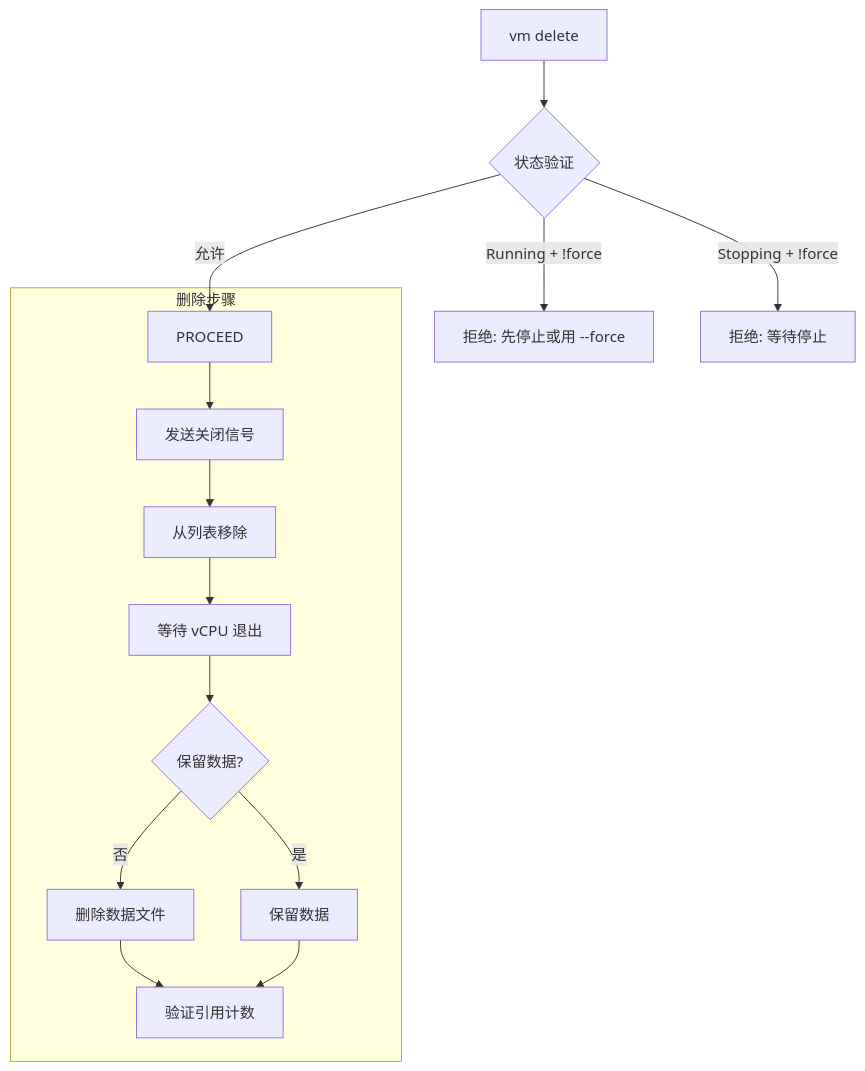
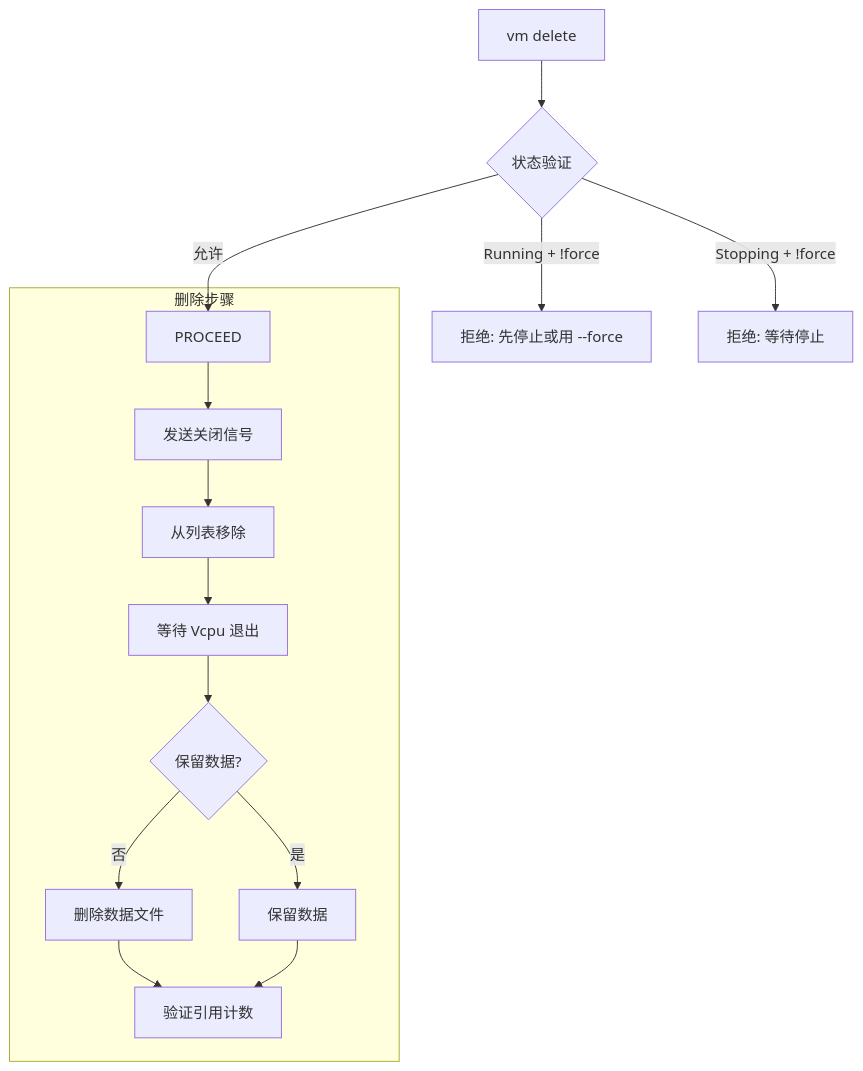
Diagram 12 of 13 in docs/design/guest/manager/shell-commands.md (arceos-hypervisor/axvisorbook), drawn with Mermaid before and after one commit. The commit also changed other lines of this file and 6 other files, not shown here.

````diff
--- a/docs/design/guest/manager/shell-commands.md
+++ b/docs/design/guest/manager/shell-commands.md
@@ -586,19 +586,19 @@
 ```mermaid
 flowchart TB
     START[vm delete] --> VALID{状态验证}
 
     VALID -->|Running + !force| REJECT1[拒绝: 先停止或用 --force]
     VALID -->|Stopping + !force| REJECT2[拒绝: 等待停止]
     VALID -->|允许| PROCEED
 
     subgraph 删除步骤
         PROCEED --> SIGNAL[发送关闭信号]
         SIGNAL --> REMOVE[从列表移除]
-        REMOVE --> JOIN[等待 vCPU 退出]
+        REMOVE --> JOIN[等待 Vcpu 退出]
         JOIN --> CLEANUP{保留数据?}
         CLEANUP -->|否| DELETE_DATA[删除数据文件]
         CLEANUP -->|是| KEEP[保留数据]
         DELETE_DATA --> VERIFY
         KEEP --> VERIFY[验证引用计数]
     end
 ```
````
